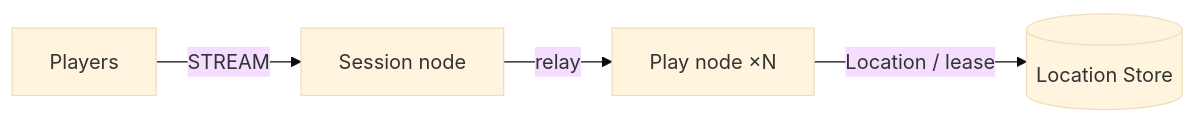
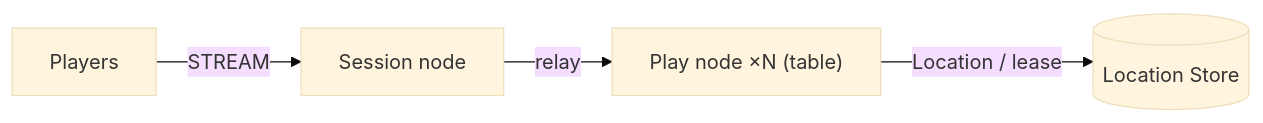
Before and after one commit to zlink-systems/zlink: the diagram in framework/languages/node/templates/board-tables/my-game/README.md, drawn with Mermaid (base theme). The commit also changed other lines of this file and 223 other files, not shown here.

First line of the commit message:
docs(templates): 모든 템플릿의 노드 이름을 Session node · Play node · API node로 (#5350)

````diff
--- a/framework/languages/node/templates/board-tables/my-game/README.md
+++ b/framework/languages/node/templates/board-tables/my-game/README.md
@@ -5,6 +5,6 @@
 ```mermaid
 flowchart LR
-    players[Players] -->|STREAM| session[Session node]
-    session -->|relay| table[Play node ×N]
+    players[Players] -->|STREAM| session["Session node"]
+    session -->|relay| table["Play node ×N (table)"]
     table -->|Location / lease| location[(Location Store)]
 ```
````
